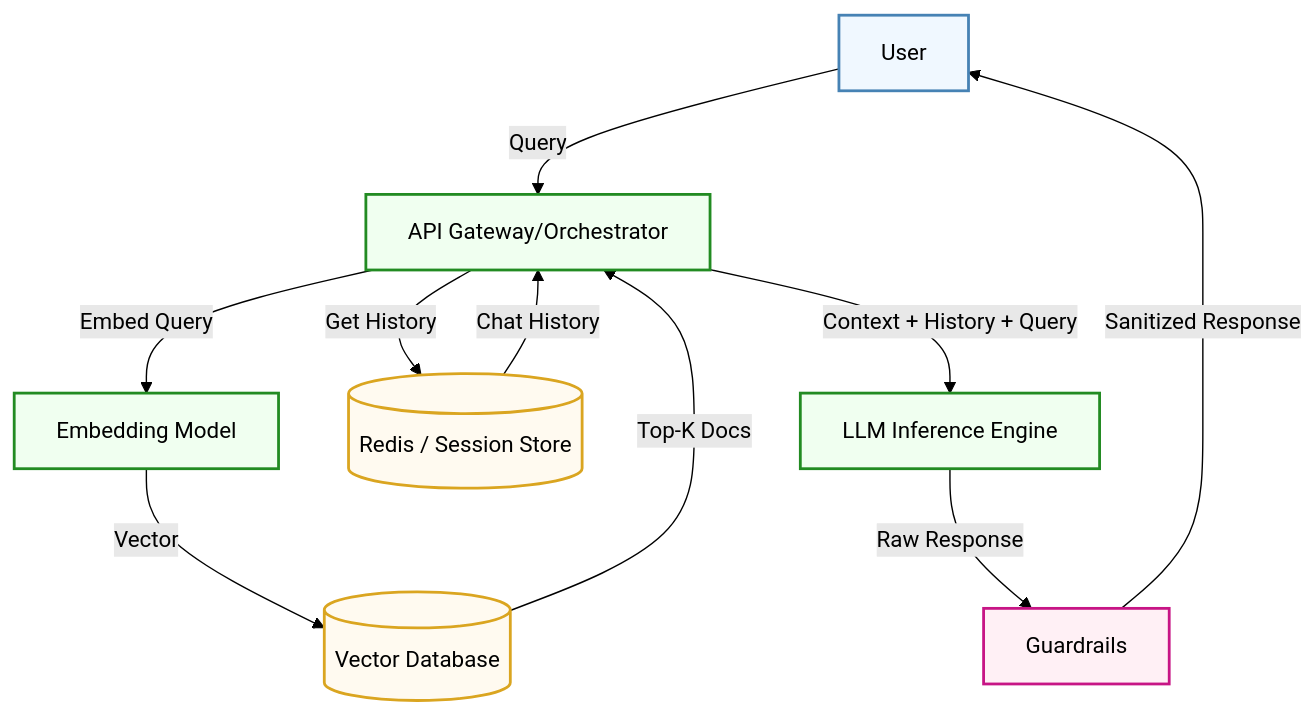
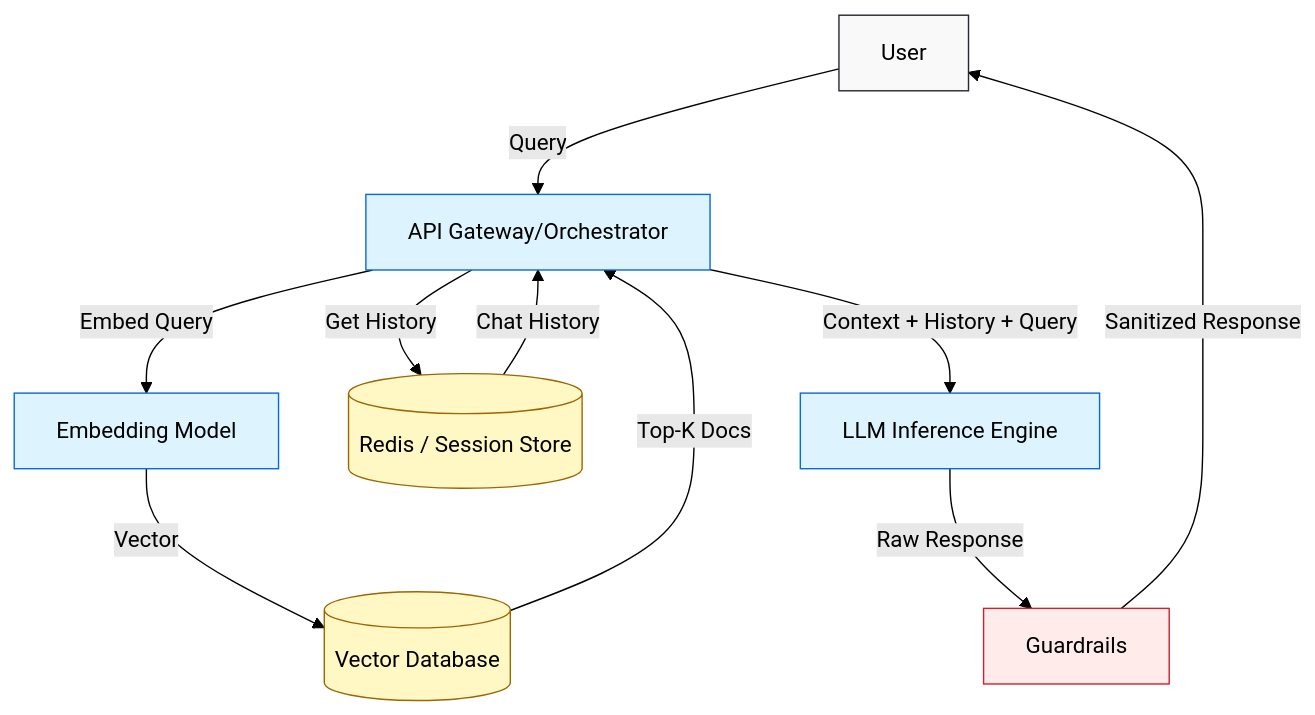
Before and after one commit to AbhinavKumar0000/Hiring-Assignment-2026: the diagram in problem_statement_2/subjective_answers.md, drawn with Mermaid (forest theme). The commit also changed other lines of this file, not shown here.

Commit message:
added diagram in subject question

````diff
--- a/problem_statement_2/subjective_answers.md
+++ b/problem_statement_2/subjective_answers.md
@@ -63,26 +63,26 @@
 ```mermaid
 graph TD
     User[User] -->|Query| API[API Gateway/Orchestrator]
 
     API -->|Embed Query| EmbedModel[Embedding Model]
     EmbedModel -->|Vector| VectorDB[(Vector Database)]
     VectorDB -->|Top-K Docs| API
 
     API -->|Get History| Redis[(Redis / Session Store)]
     Redis -->|Chat History| API
 
     API -->|Context + History + Query| LLM[LLM Inference Engine]
     LLM -->|Raw Response| Guard[Guardrails]
     Guard -->|Sanitized Response| User
 
-    %% Styling
-    classDef user fill:#f0f8ff,stroke:#4682b4,stroke-width:2px
-    classDef process fill:#f0fff0,stroke:#228b22,stroke-width:2px
-    classDef storage fill:#fffaf0,stroke:#daa520,stroke-width:2px
-    classDef security fill:#fff0f5,stroke:#c71585,stroke-width:2px
+    %% GitHub-friendly styling
+    classDef user fill:#f9f9f9,stroke:#24292e
+    classDef process fill:#ddf4ff,stroke:#0969da
+    classDef storage fill:#fff8c5,stroke:#9a6700
+    classDef security fill:#ffebe9,stroke:#cf222e
 
     class User user
     class API,EmbedModel,LLM process
     class VectorDB,Redis storage
     class Guard security
 ```
````
